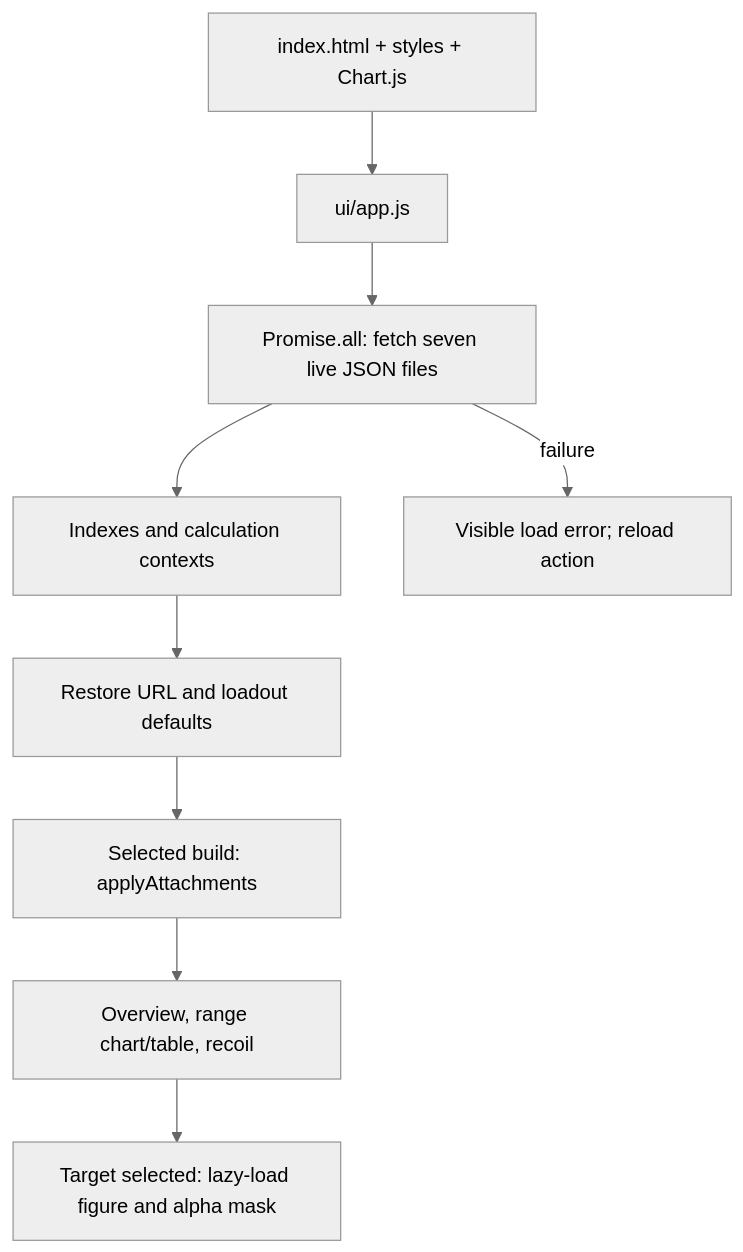
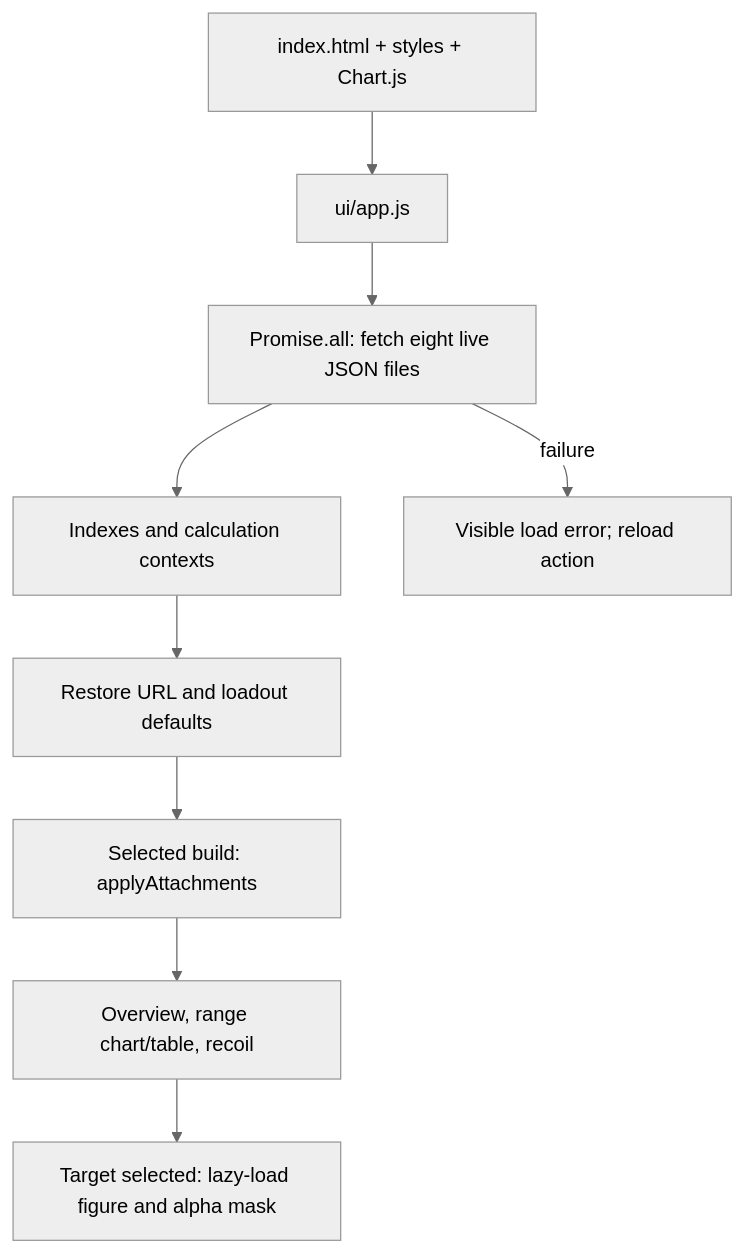
Before and after one commit to raymdl/BF6-Weapon-Analyzer: the diagram in docs/ARCHITECTURE.md, drawn with Mermaid (neutral theme). The commit also changed other lines of this file and 24 other files, not shown here.

````diff
--- a/docs/ARCHITECTURE.md
+++ b/docs/ARCHITECTURE.md
@@ -12,11 +12,11 @@
 ```mermaid
 flowchart TD
     Page["index.html + styles + Chart.js"] --> App["ui/app.js"]
-    App --> Fetch["Promise.all: fetch seven live JSON files"]
+    App --> Fetch["Promise.all: fetch eight live JSON files"]
     Fetch --> Context["Indexes and calculation contexts"]
     Context --> Restore["Restore URL and loadout defaults"]
     Restore --> Build["Selected build: applyAttachments"]
     Build --> Views["Overview, range chart/table, recoil"]
     Views --> Target["Target selected: lazy-load figure and alpha mask"]
     Fetch -->|failure| Error["Visible load error; reload action"]
 ```
````
